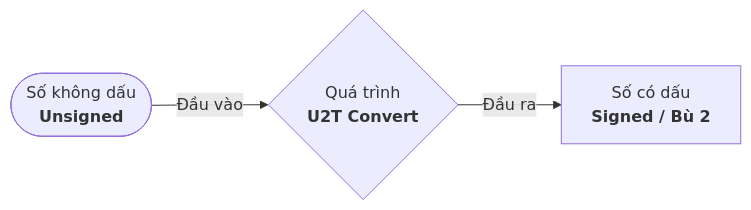
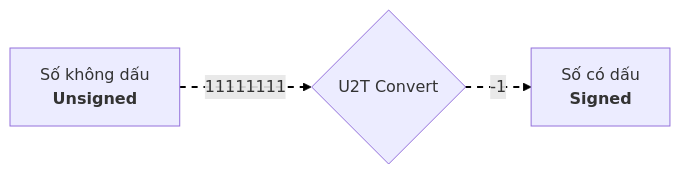
Before and after one commit to tranquanghao708/Tin-hoc-dai-cuong: the second of 2 diagrams in writeup/two-complement-code/two-complement-code.md, drawn with Mermaid.

````diff
--- a/writeup/two-complement-code/two-complement-code.md
+++ b/writeup/two-complement-code/two-complement-code.md
@@ -402,5 +402,8 @@
 ```mermaid
 flowchart LR
-    A([Số không dấu <br><b>Unsigned</b>]) -->|Đầu vào| B{Quá trình <br><b>U2T Convert</b>}
-    B -->|Đầu ra| C[Số có dấu <br><b>Signed / Bù 2</b>]
+    A[Số không dấu <br><b>Unsigned</b>] -->|11111111| B{U2T Convert}
+    B -->|-1| C[Số có dấu <br><b>Signed</b>]
+
+    linkStyle 0 stroke:#000,stroke-width:2px,stroke-dasharray: 6, animation: flowIn 0.5s linear infinite;
+    linkStyle 1 stroke:#000,stroke-width:2px,stroke-dasharray: 6, animation: flowOut 0.5s linear infinite;
 ```
````
